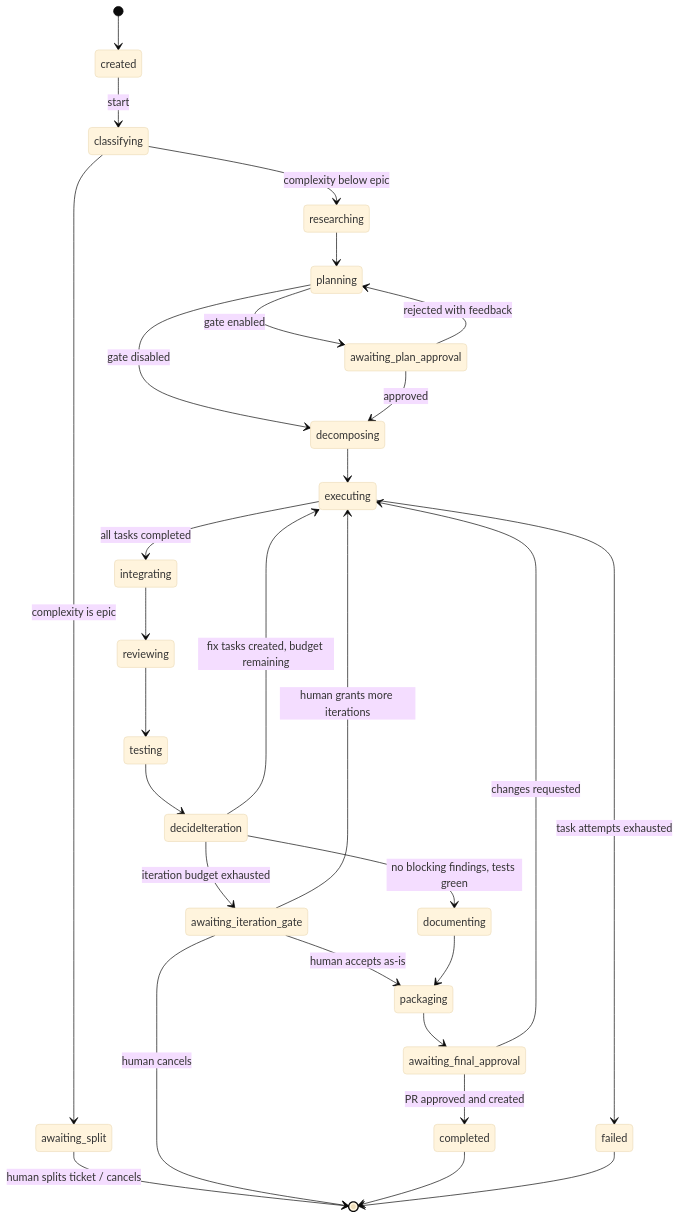
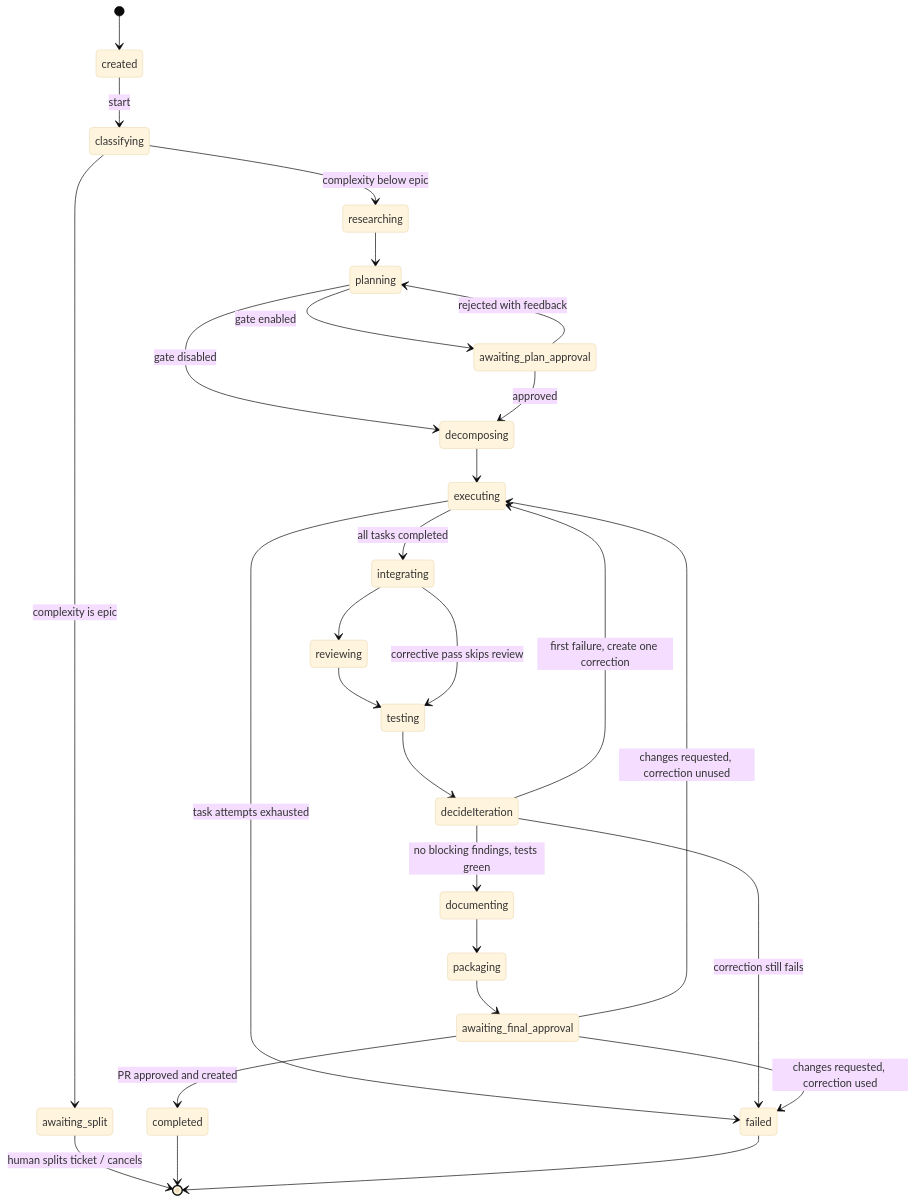
Before and after one commit to Sadoge/ai-system: the first of 2 diagrams in docs/05-event-flow.md, drawn with Mermaid (base theme). The commit also changed other lines of this file and 13 other files, not shown here.

Commit message:
fix(orchestration): cap review corrections at one

````diff
--- a/docs/05-event-flow.md
+++ b/docs/05-event-flow.md
@@ -9,32 +9,31 @@
 ```mermaid
 stateDiagram-v2
     [*] --> created
     created --> classifying : start
     classifying --> researching : complexity below epic
     classifying --> awaiting_split : complexity is epic
     awaiting_split --> [*] : human splits ticket / cancels
     researching --> planning
     planning --> awaiting_plan_approval : gate enabled
     planning --> decomposing : gate disabled
     awaiting_plan_approval --> decomposing : approved
     awaiting_plan_approval --> planning : rejected with feedback
     decomposing --> executing
     executing --> integrating : all tasks completed
     executing --> failed : task attempts exhausted
     integrating --> reviewing
     reviewing --> testing
     testing --> decideIteration
     state decideIteration <<choice>>
     decideIteration --> documenting : no blocking findings, tests green
-    decideIteration --> executing : fix tasks created, budget remaining
-    decideIteration --> awaiting_iteration_gate : iteration budget exhausted
-    awaiting_iteration_gate --> executing : human grants more iterations
-    awaiting_iteration_gate --> packaging : human accepts as-is
-    awaiting_iteration_gate --> [*] : human cancels
+    decideIteration --> executing : first failure, create one correction
+    integrating --> testing : corrective pass skips review
+    decideIteration --> failed : correction still fails
     documenting --> packaging
     packaging --> awaiting_final_approval
     awaiting_final_approval --> completed : PR approved and created
-    awaiting_final_approval --> executing : changes requested
+    awaiting_final_approval --> executing : changes requested, correction unused
+    awaiting_final_approval --> failed : changes requested, correction used
     completed --> [*]
     failed --> [*]
 ```
````
